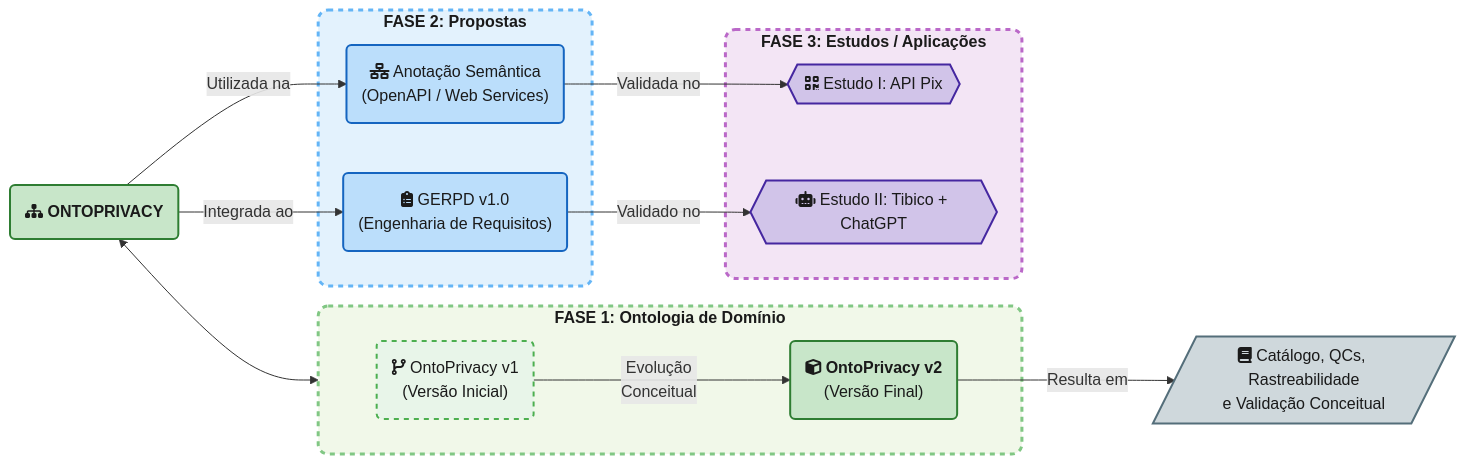
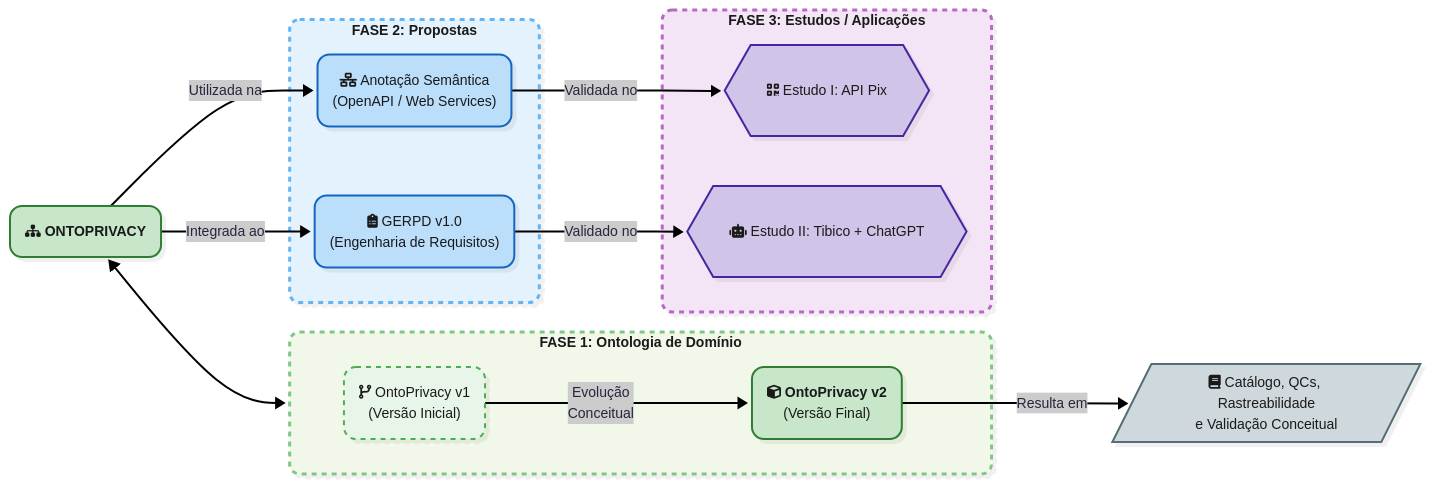
Before and after one commit to TNK443/Dissertacao: the diagram in README.md, drawn with Mermaid.

````diff
--- a/README.md
+++ b/README.md
@@ -49,61 +49,66 @@
 ```mermaid
+---
+config:
+    theme: redux-color
+    look: neo
+---
 flowchart LR
     %% Definição de estilos (ClassDef)
     %% Ontologia: Tons de Verde
     classDef ontologia fill:#C8E6C9,stroke:#2E7D32,stroke-width:2px,color:#1A1A1A;
     classDef ontologiav1 fill:#E8F5E9,stroke:#4CAF50,stroke-width:2px,stroke-dasharray: 5 5,color:#1A1A1A;
     classDef ontologiav2 fill:#C8E6C9,stroke:#2E7D32,stroke-width:2px,color:#1A1A1A;
     
     %% Propostas: Tons de Azul (Tecnologia/Engenharia)
     classDef proposta fill:#BBDEFB,stroke:#1565C0,stroke-width:2px,color:#1A1A1A;
     
     %% Estudos de Caso: Tons de Roxo (Validação/Aplicação)
     classDef estudo fill:#D1C4E9,stroke:#4527A0,stroke-width:2px,color:#1A1A1A;
     
     %% Documentação: Cor solicitada #cfd8dc (Cinza/Azulado)
     classDef doc fill:#cfd8dc,stroke:#546E7A,stroke-width:2px,color:#1A1A1A;
 
     %% Nós de Ontologia
     OP0("fa:fa-sitemap <b>ONTOPRIVACY</b>"):::ontologia
 
     %% Agrupamento das Ontologias
     subgraph F1["<b>FASE 1: Ontologia de Domínio</b>"]
         OP1("fa:fa-code-branch OntoPrivacy v1\n(Versão Inicial)"):::ontologiav1
         OP2("fa:fa-cube <b>OntoPrivacy v2</b>\n(Versão Final)"):::ontologiav2
     end
     %% Documentação
     DOC[/"fa:fa-book Catálogo, QCs, Rastreabilidade\ne Validação Conceitual"/]:::doc
 
     %% Agrupamento das Propostas Desenvolvidas
     subgraph F2["<b>FASE 2: Propostas</b>"]
         AS("fa:fa-network-wired Anotação Semântica\n(OpenAPI / Web Services)"):::proposta
         G("fa:fa-clipboard-list GERPD v1.0\n(Engenharia de Requisitos)"):::proposta
     end
 
     %% Agrupamento dos Estudos de Caso
     subgraph F3["<b>FASE 3: Estudos / Aplicações</b>"]
         E1{{"fa:fa-qrcode Estudo I: API Pix"}}:::estudo
         E2{{"fa:fa-robot Estudo II: Tibico + ChatGPT"}}:::estudo
     end
 
     %% CONEXÕES COM RÓTULOS
     OP0 -->|Utilizada na| AS
     OP0 -->|Integrada ao| G
     
 
     AS -->|Validada no| E1
     G -->|Validado no| E2
     
     OP1 -->|Evolução\nConceitual| OP2
     OP2 -->|Resulta em| DOC
     OP0 <--> F1
 
     %% Estilização visual dos Agrupamentos (Subgraphs)
     %% rx:10,ry:10 arredondam os cantos da caixa principal
     %% F1 - Fundo verde super claro, borda arredondada verde média
     style F1 fill:#F1F8E9,stroke:#81C784,stroke-width:3px,color:#1A1A1A,stroke-dasharray: 5 5,rx:10,ry:10
     %% F2 - Fundo azul super claro, borda arredondada azul média
     style F2 fill:#E3F2FD,stroke:#64B5F6,stroke-width:3px,color:#1A1A1A,stroke-dasharray: 5 5,rx:10,ry:10
     %% F3 - Fundo roxo super claro, borda arredondada roxa média
     style F3 fill:#F3E5F5,stroke:#BA68C8,stroke-width:3px,color:#1A1A1A,stroke-dasharray: 5 5,rx:10,ry:10
 ```
````
